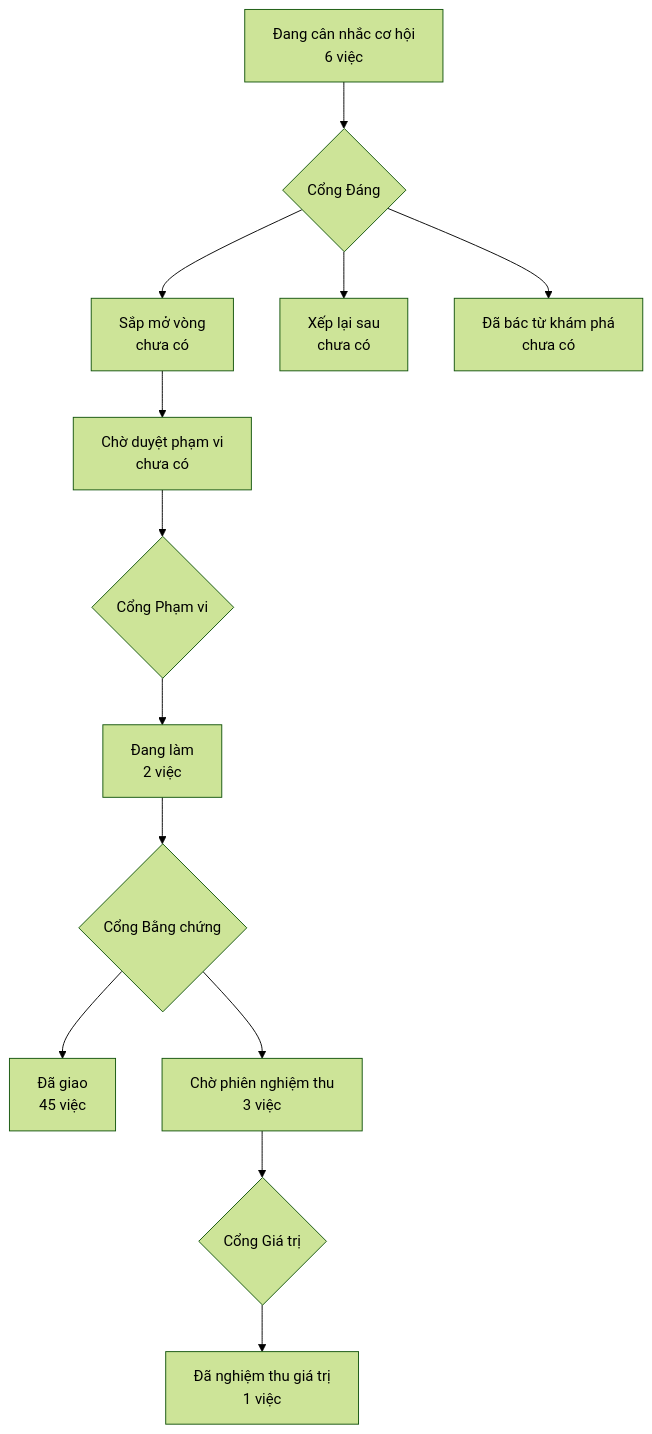
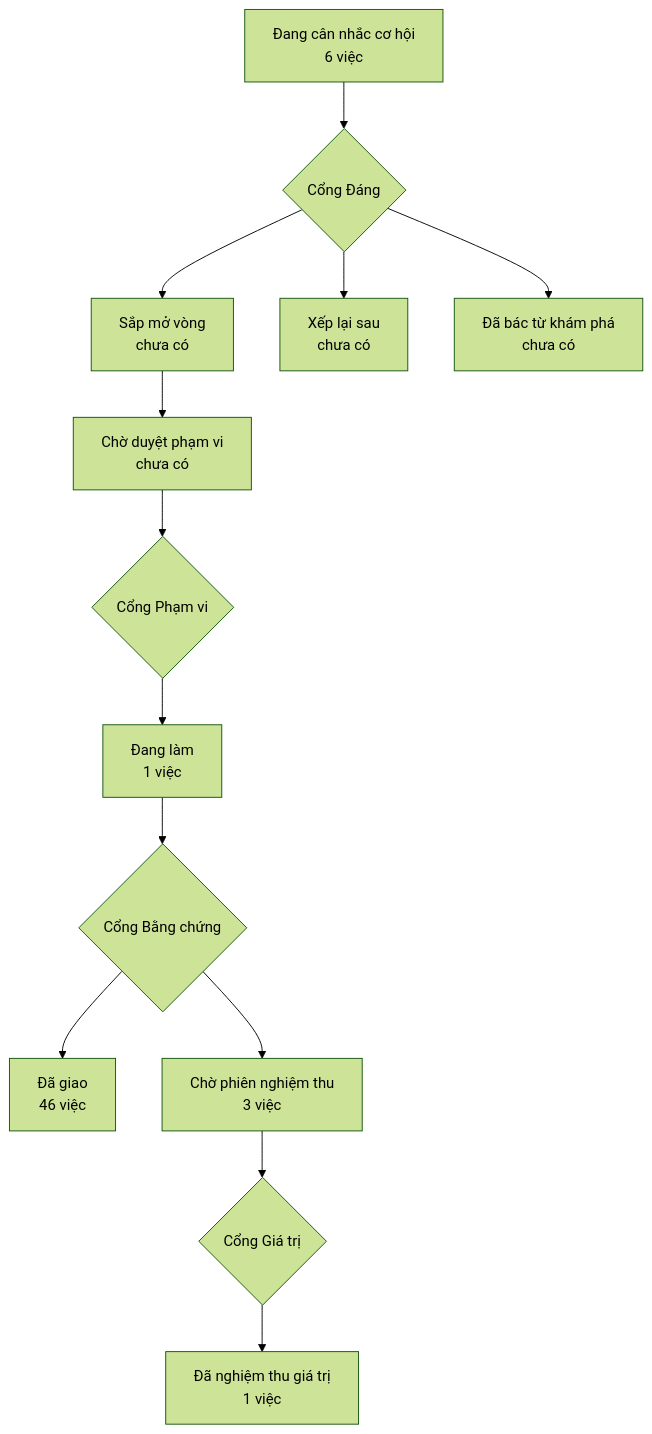
The diagram in PRODUCT-MAP.md (phanlemanh/crm-onehub), drawn with Mermaid (forest theme) before and after one commit. The commit also changed other lines of this file and 2 other files, not shown here.

Commit message:
docs(acceptance): khuon-mat-bo-phan machine-cleared — Ngoai-1, Ngoai-2 ghi Known limits, cua veto de yen

````diff
--- a/PRODUCT-MAP.md
+++ b/PRODUCT-MAP.md
@@ -6,12 +6,12 @@
 ```mermaid
 flowchart TD
   A["Đang cân nhắc cơ hội<br/>6 việc"] --> GD{"Cổng Đáng"}
   GD --> B["Sắp mở vòng<br/>chưa có"]
   GD --> XL["Xếp lại sau<br/>chưa có"]
   GD --> DB["Đã bác từ khám phá<br/>chưa có"]
   B --> CD["Chờ duyệt phạm vi<br/>chưa có"] --> GP{"Cổng Phạm vi"}
-  GP --> DL["Đang làm<br/>2 việc"] --> GB{"Cổng Bằng chứng"}
-  GB --> DG["Đã giao<br/>45 việc"]
+  GP --> DL["Đang làm<br/>1 việc"] --> GB{"Cổng Bằng chứng"}
+  GB --> DG["Đã giao<br/>46 việc"]
   GB --> CN["Chờ phiên nghiệm thu<br/>3 việc"] --> GG{"Cổng Giá trị"}
   GG --> NT["Đã nghiệm thu giá trị<br/>1 việc"]
 ```
````
